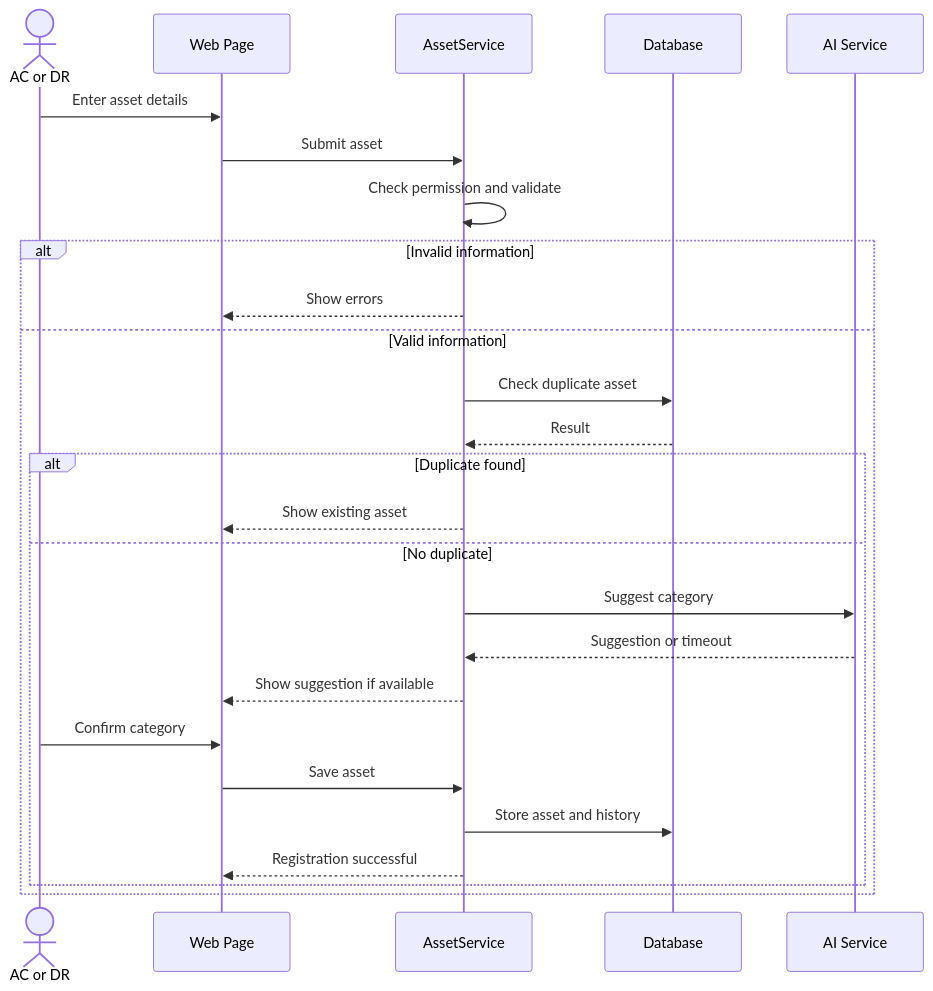
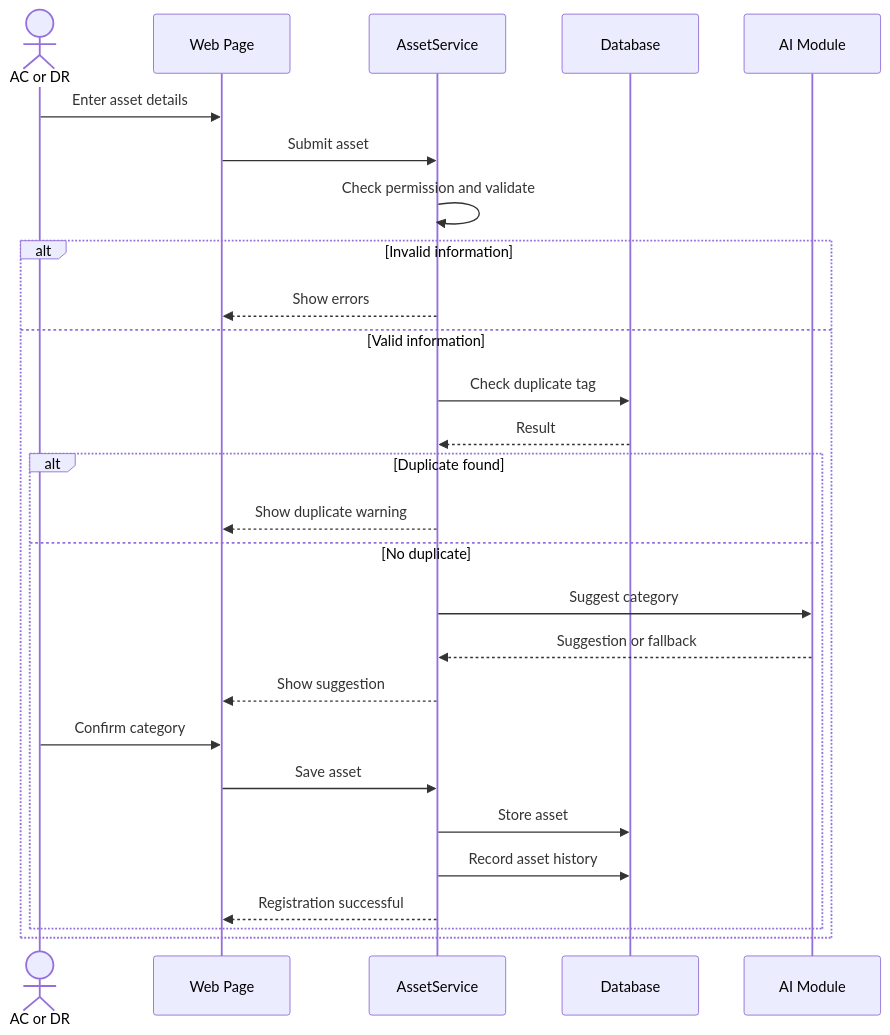
Before and after one commit to Abdulla66541/COSC336-GROUP5: the first of 12 diagrams in phase 4-5/01_part1_assets_marketplace_requests.md, drawn with Mermaid. The commit also changed other lines of this file, not shown here.

First line of the commit message:
Revise asset marketplace use case documentation

````diff
--- a/phase 4-5/01_part1_assets_marketplace_requests.md
+++ b/phase 4-5/01_part1_assets_marketplace_requests.md
@@ -174,31 +27,32 @@
 ```mermaid
 sequenceDiagram
     actor U as AC or DR
     participant UI as Web Page
     participant S as AssetService
     participant DB as Database
-    participant AI as AI Service
+    participant AI as AI Module
 
     U->>UI: Enter asset details
     UI->>S: Submit asset
     S->>S: Check permission and validate
 
     alt Invalid information
         S-->>UI: Show errors
     else Valid information
-        S->>DB: Check duplicate asset
+        S->>DB: Check duplicate tag
         DB-->>S: Result
 
         alt Duplicate found
-            S-->>UI: Show existing asset
+            S-->>UI: Show duplicate warning
         else No duplicate
             S->>AI: Suggest category
-            AI-->>S: Suggestion or timeout
-            S-->>UI: Show suggestion if available
+            AI-->>S: Suggestion or fallback
+            S-->>UI: Show suggestion
             U->>UI: Confirm category
             UI->>S: Save asset
-            S->>DB: Store asset and history
+            S->>DB: Store asset
+            S->>DB: Record asset history
             S-->>UI: Registration successful
         end
     end
 ```
````
